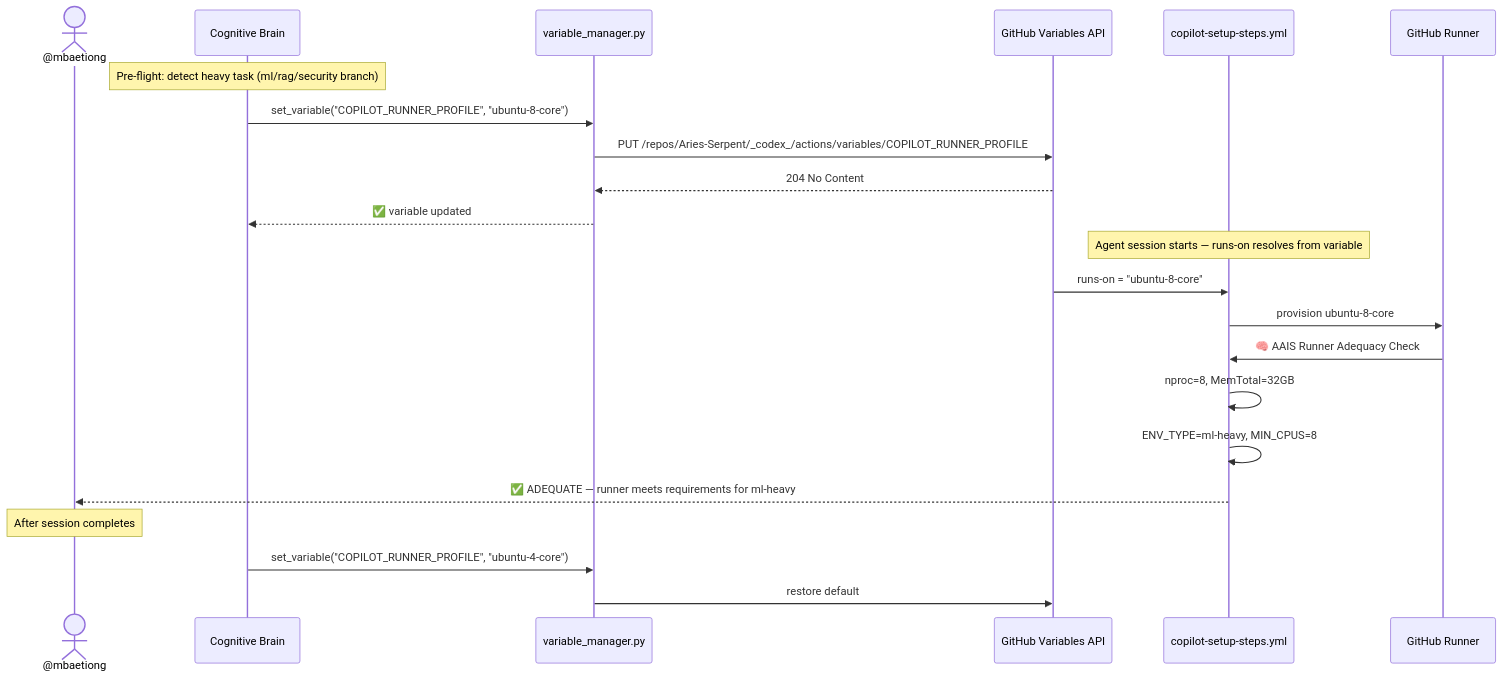
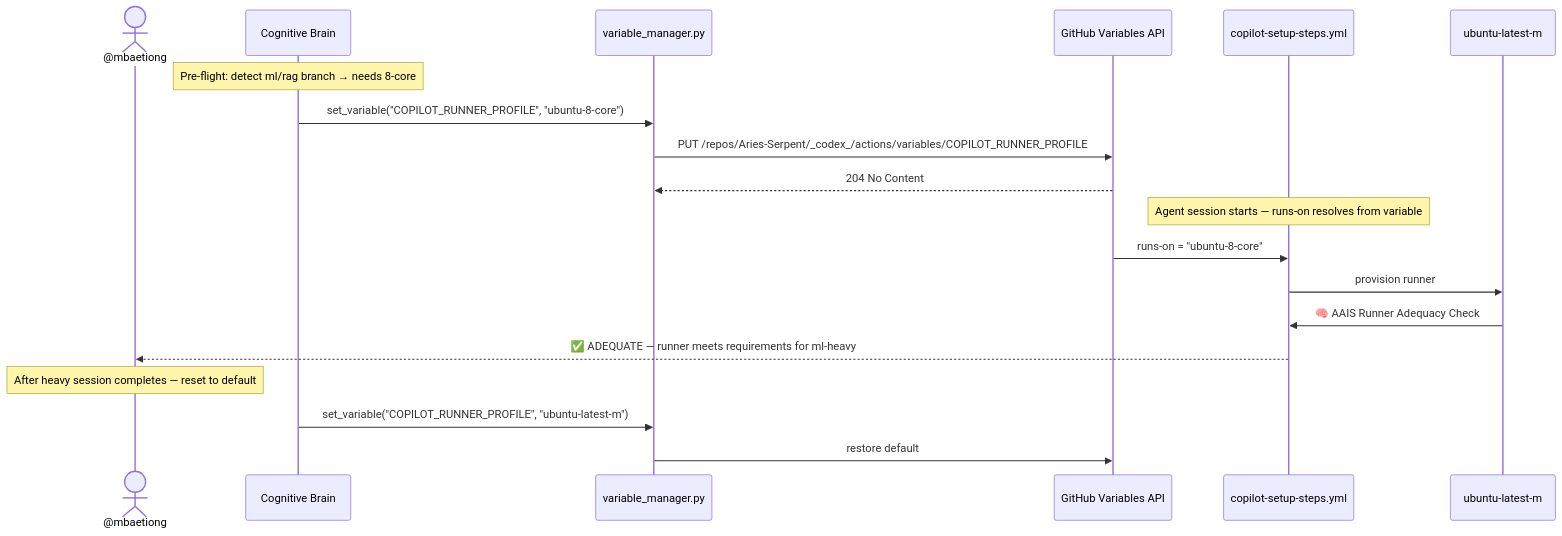
Before and after one commit to Aries-Serpent/_codex_: the third of 8 diagrams in docs/plans/larger-runners-upgrade.md, drawn with Mermaid. The commit also changed other lines of this file and 4 other files, not shown here.

First line of the commit message:
feat(W-122/W-123): activate ubuntu-latest-m runner + document webhooks task

````diff
--- a/docs/plans/larger-runners-upgrade.md
+++ b/docs/plans/larger-runners-upgrade.md
@@ -133,28 +152,25 @@
 ```mermaid
 sequenceDiagram
     actor Owner as @mbaetiong
     participant CB as Cognitive Brain
     participant VM as variable_manager.py
     participant GH as GitHub Variables API
     participant WF as copilot-setup-steps.yml
-    participant Runner as GitHub Runner
+    participant Runner as ubuntu-latest-m
 
-    Note over CB: Pre-flight: detect heavy task (ml/rag/security branch)
+    Note over CB: Pre-flight: detect ml/rag branch → needs 8-core
     CB->>VM: set_variable("COPILOT_RUNNER_PROFILE", "ubuntu-8-core")
     VM->>GH: PUT /repos/Aries-Serpent/_codex_/actions/variables/COPILOT_RUNNER_PROFILE
     GH-->>VM: 204 No Content
-    VM-->>CB: ✅ variable updated
 
     Note over WF: Agent session starts — runs-on resolves from variable
     GH->>WF: runs-on = "ubuntu-8-core"
-    WF->>Runner: provision ubuntu-8-core
+    WF->>Runner: provision runner
 
     Runner->>WF: 🧠 AAIS Runner Adequacy Check
-    WF->>WF: nproc=8, MemTotal=32GB
-    WF->>WF: ENV_TYPE=ml-heavy, MIN_CPUS=8
     WF-->>Owner: ✅ ADEQUATE — runner meets requirements for ml-heavy
 
-    Note over Owner: After session completes
-    CB->>VM: set_variable("COPILOT_RUNNER_PROFILE", "ubuntu-4-core")
+    Note over Owner: After heavy session completes — reset to default
+    CB->>VM: set_variable("COPILOT_RUNNER_PROFILE", "ubuntu-latest-m")
     VM->>GH: restore default
 ```
````
